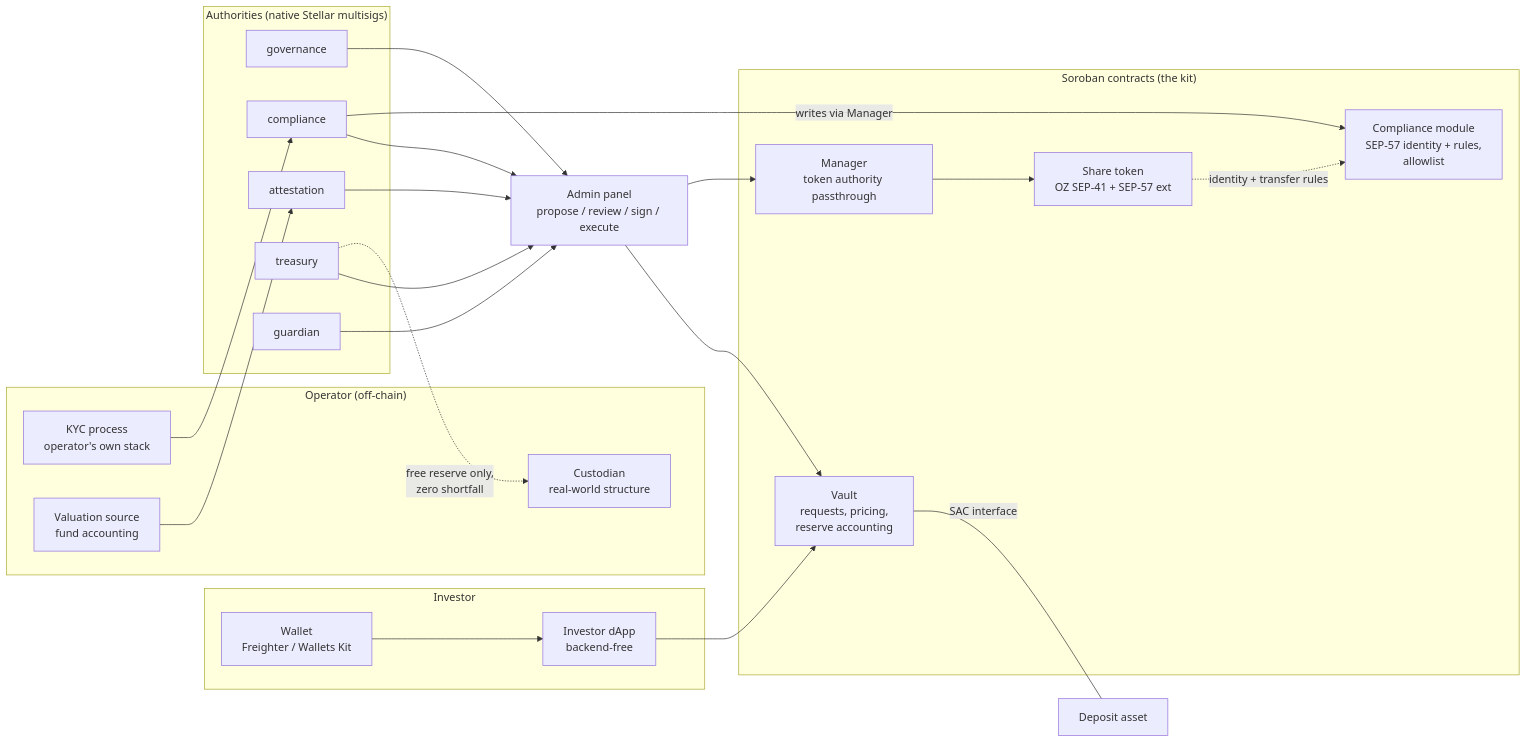
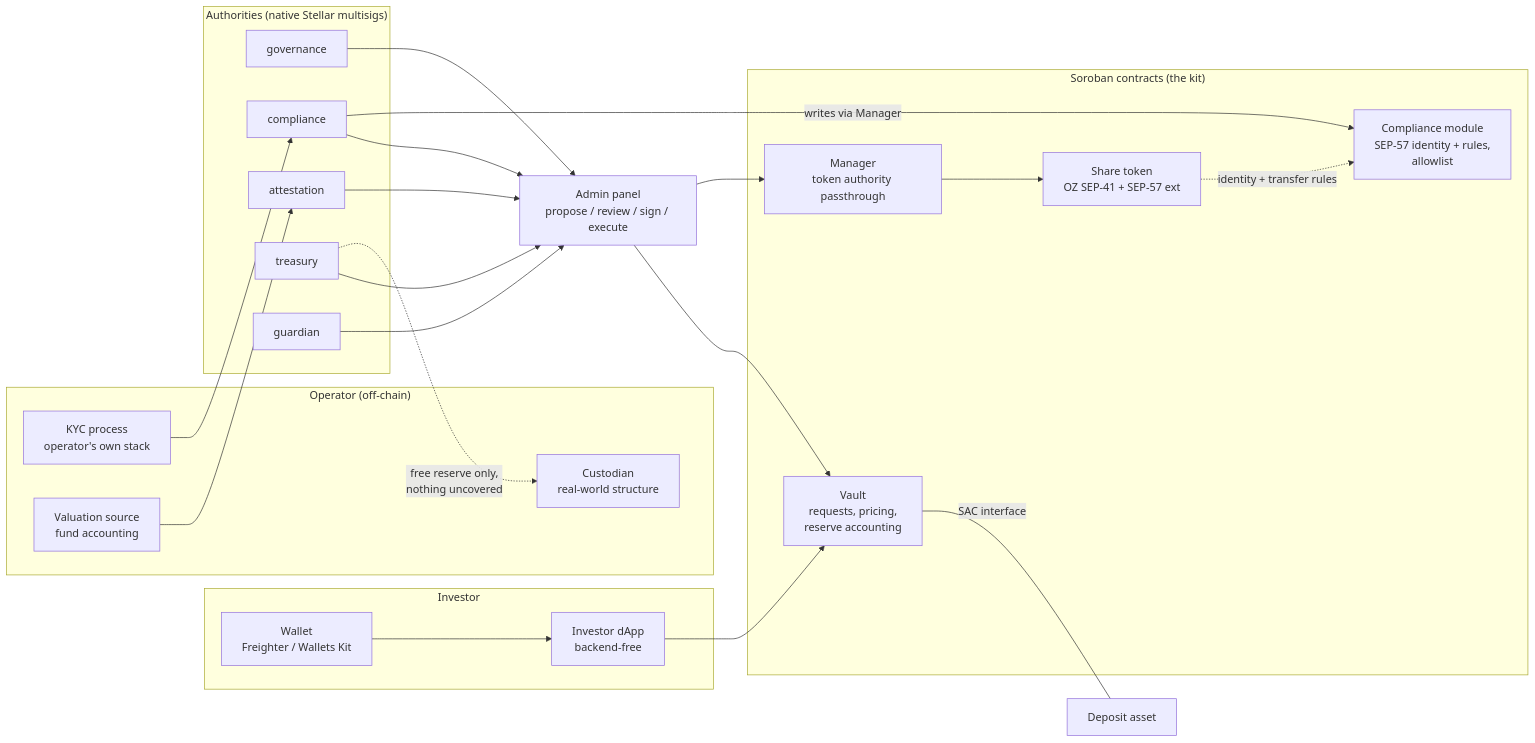
Before and after one commit to BootNodeDev/strata-vault-kit: the second of 4 diagrams in docs/architecture.md, drawn with Mermaid. The commit also changed other lines of this file and 11 other files, not shown here.

````diff
--- a/docs/architecture.md
+++ b/docs/architecture.md
@@ -121,40 +121,40 @@
 ```mermaid
 flowchart LR
     subgraph Investor
         W[Wallet<br/>Freighter / Wallets Kit]
         LP[Investor dApp<br/>backend-free]
     end
 
     subgraph Operator["Operator (off-chain)"]
         KYC[KYC process<br/>operator's own stack]
         VAL[Valuation source<br/>fund accounting]
         CUST[Custodian<br/>real-world structure]
     end
 
     subgraph Authorities["Authorities (native Stellar multisigs)"]
         GOV[governance]
         CMP[compliance]
         ATT[attestation]
         TRE[treasury]
         GRD[guardian]
     end
 
     subgraph Soroban["Soroban contracts (the kit)"]
         V[Vault<br/>requests, pricing,<br/>reserve accounting]
         ST[Share token<br/>OZ SEP-41 + SEP-57 ext]
         MGR[Manager<br/>token authority passthrough]
         CM[Compliance module<br/>SEP-57 identity + rules,<br/>allowlist]
     end
 
     OPS[Admin panel<br/>propose / review / sign / execute]
 
     W --> LP --> V
     KYC --> CMP
     VAL --> ATT
     GOV & CMP & ATT & TRE & GRD --> OPS --> V
     OPS --> MGR --> ST
     CMP -->|writes via Manager| CM
     ST -.->|identity + transfer rules| CM
-    TRE -.->|free reserve only,<br/>zero shortfall| CUST
+    TRE -.->|free reserve only,<br/>nothing uncovered| CUST
     V ---|SAC interface| USDC[Deposit asset]
 ```
````
